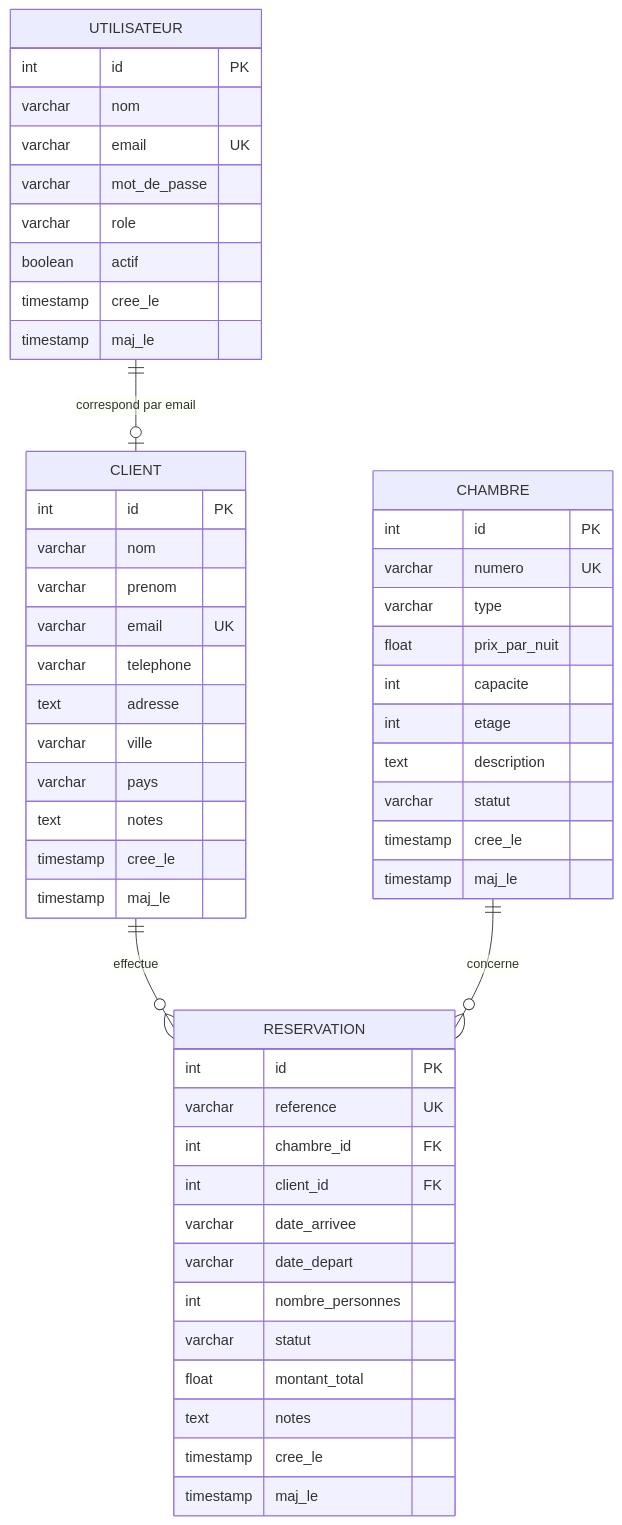
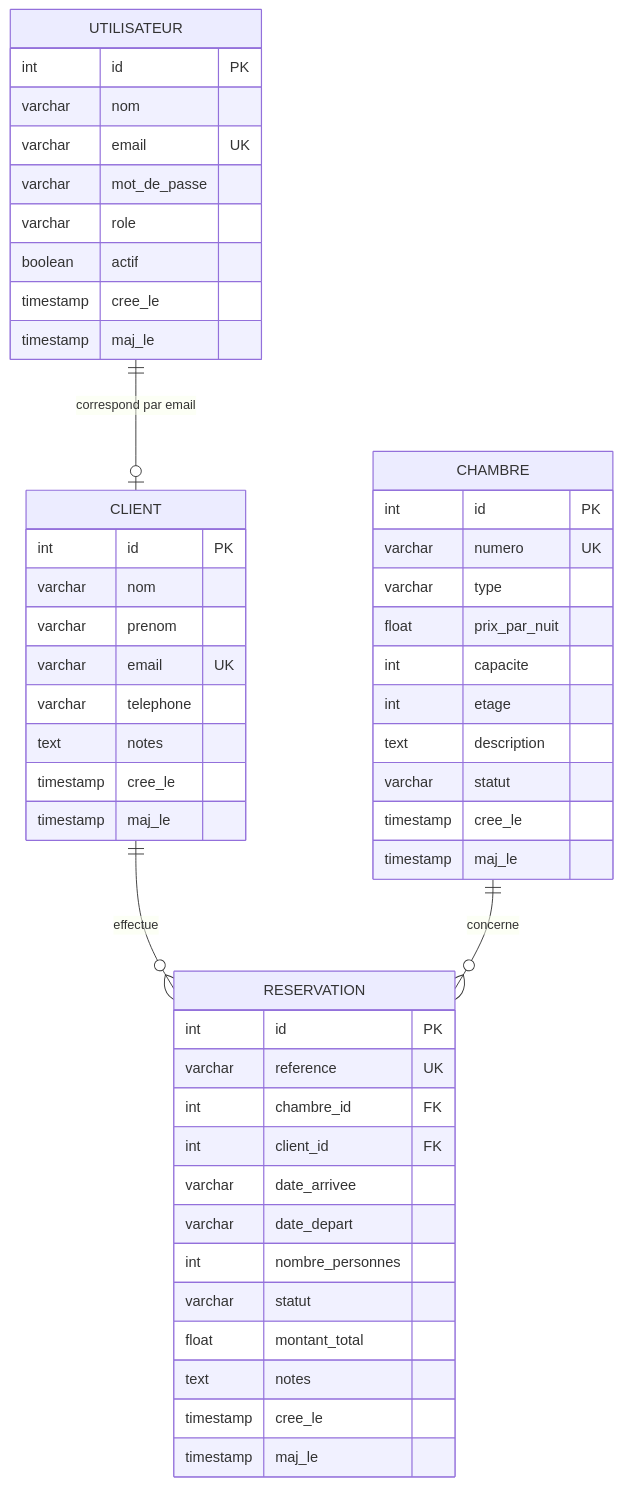
Before and after one commit to IsholaRsk/ArenaHotels: the third of 3 diagrams in docs/conception.md, drawn with Mermaid. The commit also changed other lines of this file and 8 other files, not shown here.

First line of the commit message:
Nettoyage fiches clients : plus d'adresse, de ville ni de pays

````diff
--- a/docs/conception.md
+++ b/docs/conception.md
@@ -186,56 +183,53 @@
 ```mermaid
 erDiagram
   UTILISATEUR ||--o| CLIENT : "correspond par email"
   CLIENT ||--o{ RESERVATION : "effectue"
   CHAMBRE ||--o{ RESERVATION : "concerne"
 
   UTILISATEUR {
     int id PK
     varchar nom
     varchar email UK
     varchar mot_de_passe
     varchar role
     boolean actif
     timestamp cree_le
     timestamp maj_le
   }
   CLIENT {
     int id PK
     varchar nom
     varchar prenom
     varchar email UK
     varchar telephone
-    text adresse
-    varchar ville
-    varchar pays
     text notes
     timestamp cree_le
     timestamp maj_le
   }
   CHAMBRE {
     int id PK
     varchar numero UK
     varchar type
     float prix_par_nuit
     int capacite
     int etage
     text description
     varchar statut
     timestamp cree_le
     timestamp maj_le
   }
   RESERVATION {
     int id PK
     varchar reference UK
     int chambre_id FK
     int client_id FK
     varchar date_arrivee
     varchar date_depart
     int nombre_personnes
     varchar statut
     float montant_total
     text notes
     timestamp cree_le
     timestamp maj_le
   }
 ```
````
